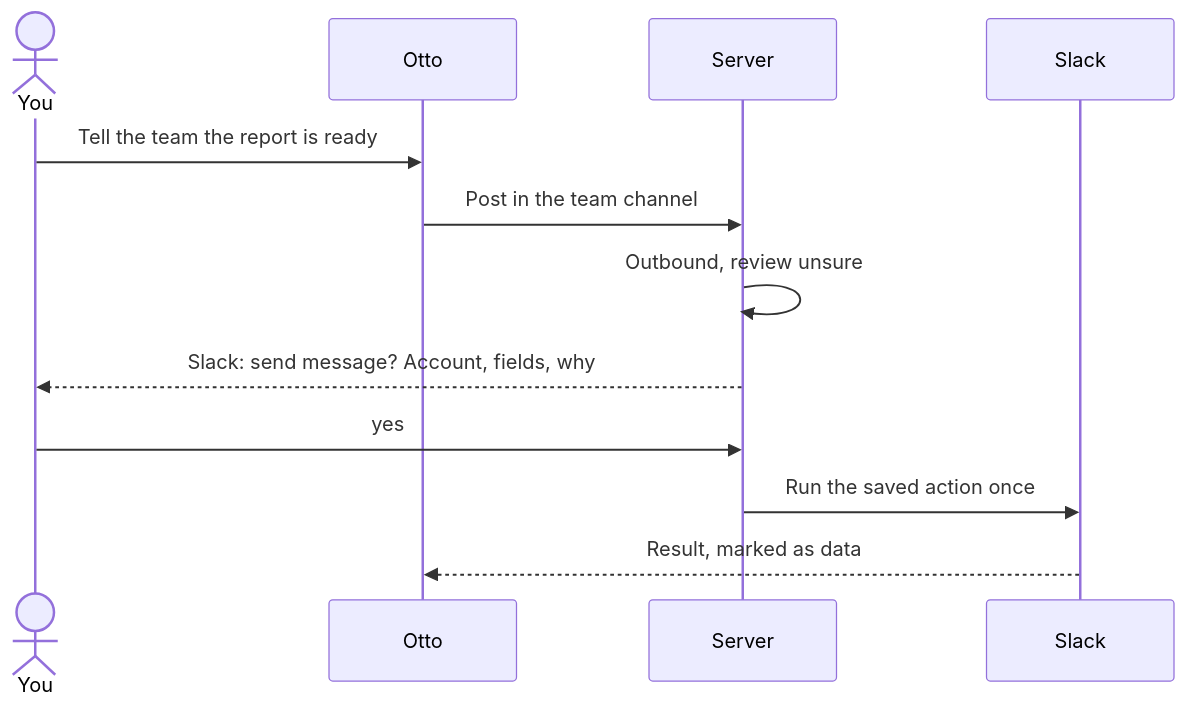
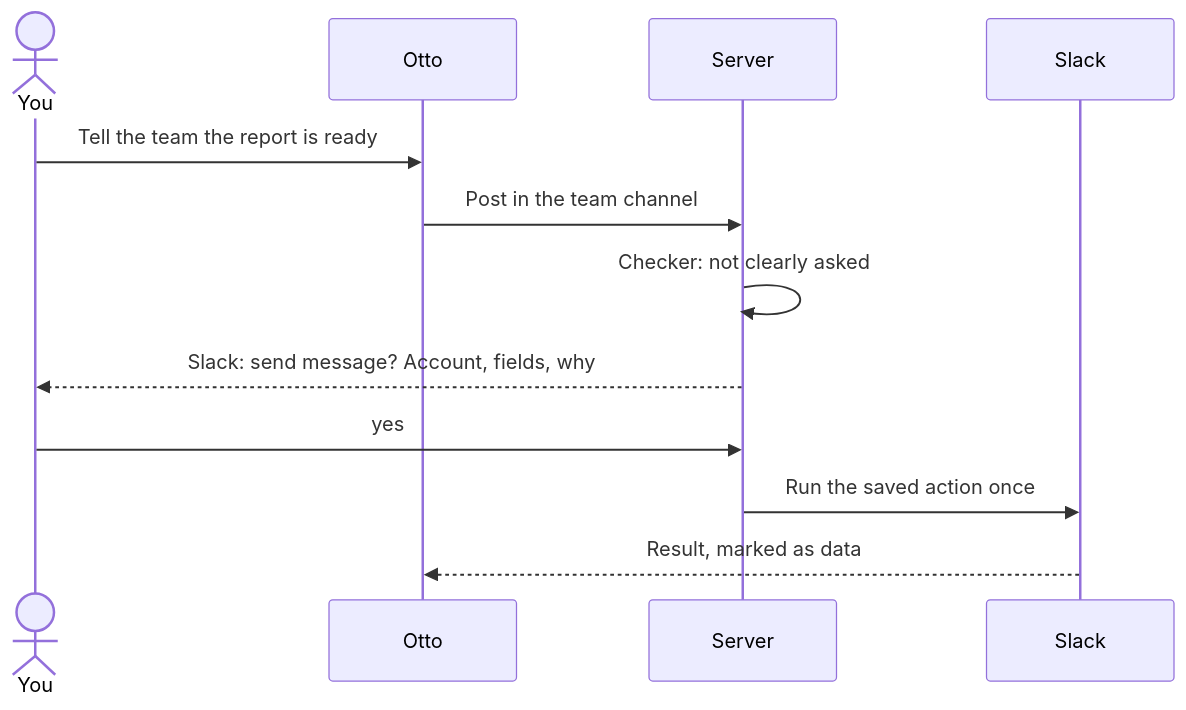
One commit to KrishBhimani/nod changed the second of 2 diagrams in docs/src/content/docs/trust/approvals.mdx. Above: the diagram before and after it, drawn with Mermaid. The commit also changed other lines of this file and 19 other files, not shown here.

````diff
--- a/docs/src/content/docs/trust/approvals.mdx
+++ b/docs/src/content/docs/trust/approvals.mdx
@@ -89,14 +66,14 @@
 ```mermaid
 sequenceDiagram
   actor You
   participant Otto
   participant Server
   participant App as Slack
   You->>Otto: Tell the team the report is ready
   Otto->>Server: Post in the team channel
-  Server->>Server: Outbound, review unsure
+  Server->>Server: Checker: not clearly asked
   Server-->>You: Slack: send message? Account, fields, why
   You->>Server: yes
   Server->>App: Run the saved action once
   App-->>Otto: Result, marked as data
 ```
````
